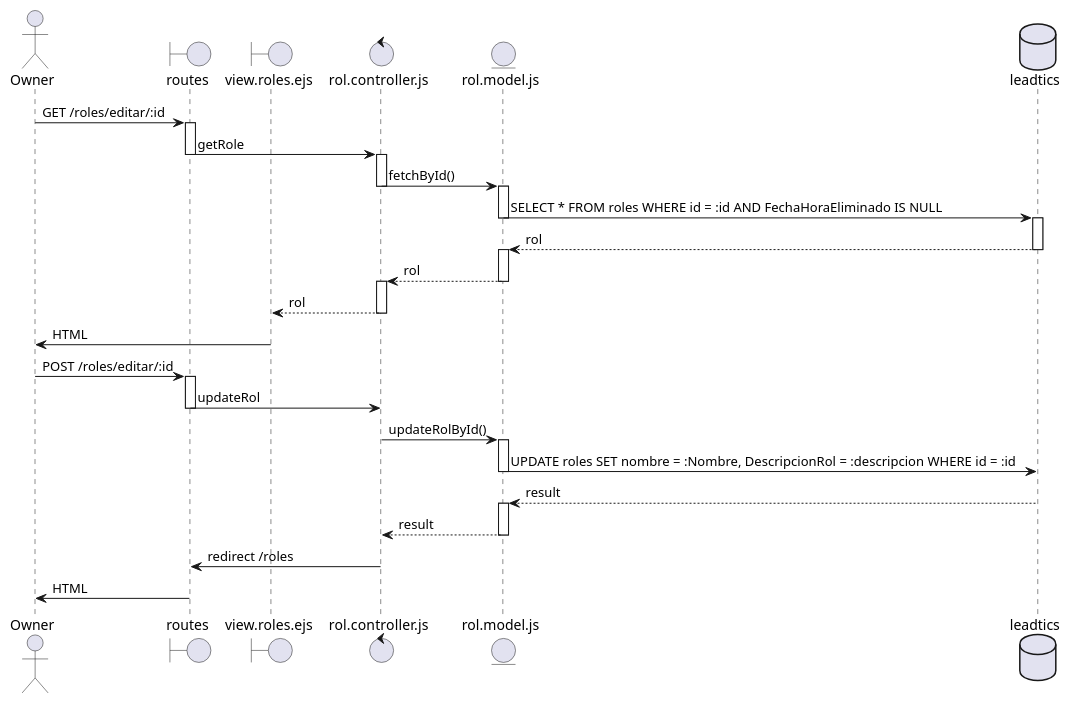
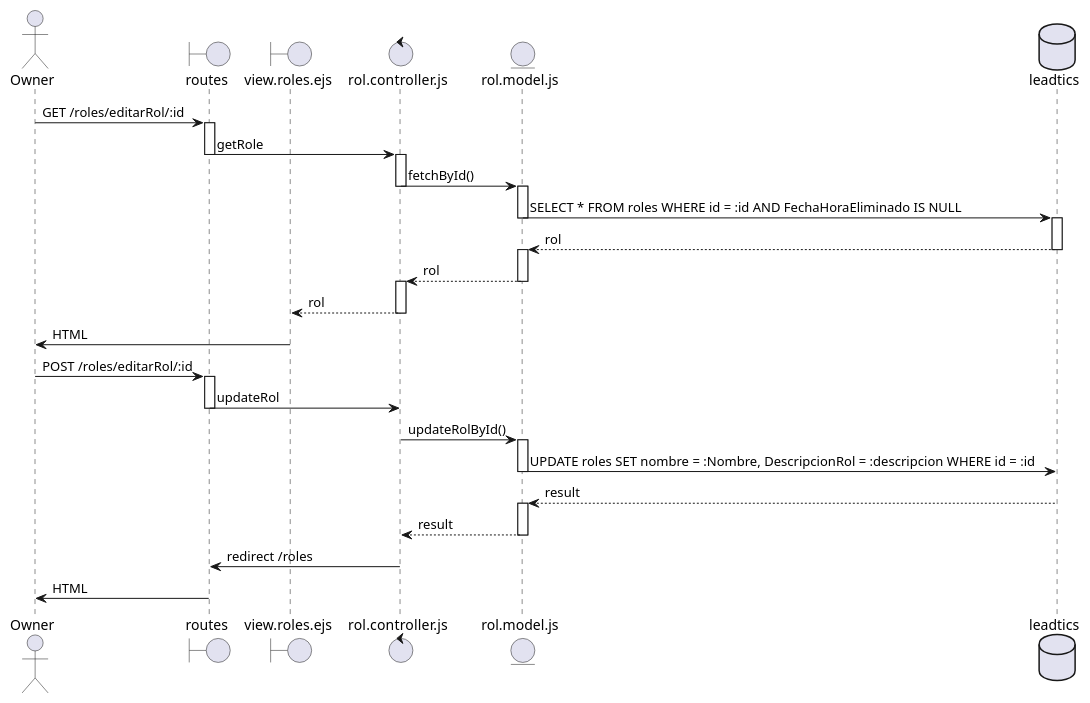
One commit to DiegoGarciaPadilla/TC2005B-Leadsales changed the diagram in docs/DiagramasSecuencia/CU15.wsd. Above: the diagram before and after it, drawn with PlantUML. The commit also changed 9 other files, not shown here.

```diff
--- a/docs/DiagramasSecuencia/CU15.wsd
+++ b/docs/DiagramasSecuencia/CU15.wsd
@@ -1,63 +1,63 @@
 @startuml
 
 actor Owner
 boundary routes
 boundary view.roles.ejs
 control rol.controller.js
 entity rol.model.js
 database leadtics
 
-Owner -> routes : GET /roles/editar/:id
+Owner -> routes : GET /roles/editarRol/:id
 activate routes
 
 routes -> rol.controller.js : getRole
 deactivate routes
 activate rol.controller.js
 
 rol.controller.js -> rol.model.js : fetchById()
 deactivate rol.controller.js
 activate rol.model.js
 
 rol.model.js -> leadtics : SELECT * FROM roles WHERE id = :id AND FechaHoraEliminado IS NULL
 deactivate rol.model.js
 activate leadtics
 
 leadtics --> rol.model.js : rol
 deactivate leadtics
 activate rol.model.js
 
 rol.model.js --> rol.controller.js : rol
 deactivate rol.model.js
 activate rol.controller.js
 
 rol.controller.js --> view.roles.ejs : rol
 deactivate rol.controller.js
 
 view.roles.ejs -> Owner : HTML
 deactivate view.roles.ejs
 
-Owner -> routes : POST /roles/editar/:id
+Owner -> routes : POST /roles/editarRol/:id
 activate routes
 
 routes -> rol.controller.js : updateRol
 deactivate routes
 
 rol.controller.js -> rol.model.js : updateRolById()
 activate rol.model.js
 
 rol.model.js -> leadtics : UPDATE roles SET nombre = :Nombre, DescripcionRol = :descripcion WHERE id = :id
 deactivate rol.model.js
 
 leadtics --> rol.model.js : result
 activate rol.model.js
 
 rol.model.js --> rol.controller.js : result
 deactivate rol.model.js
 
 rol.controller.js -> routes : redirect /roles
 deactivate rol.controller.js
 
 routes -> Owner : HTML
 deactivate routes
 
 @enduml
```
